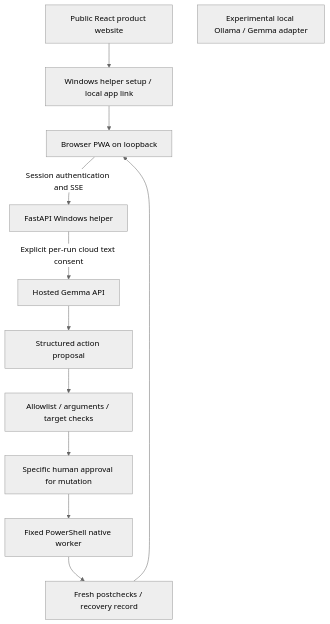
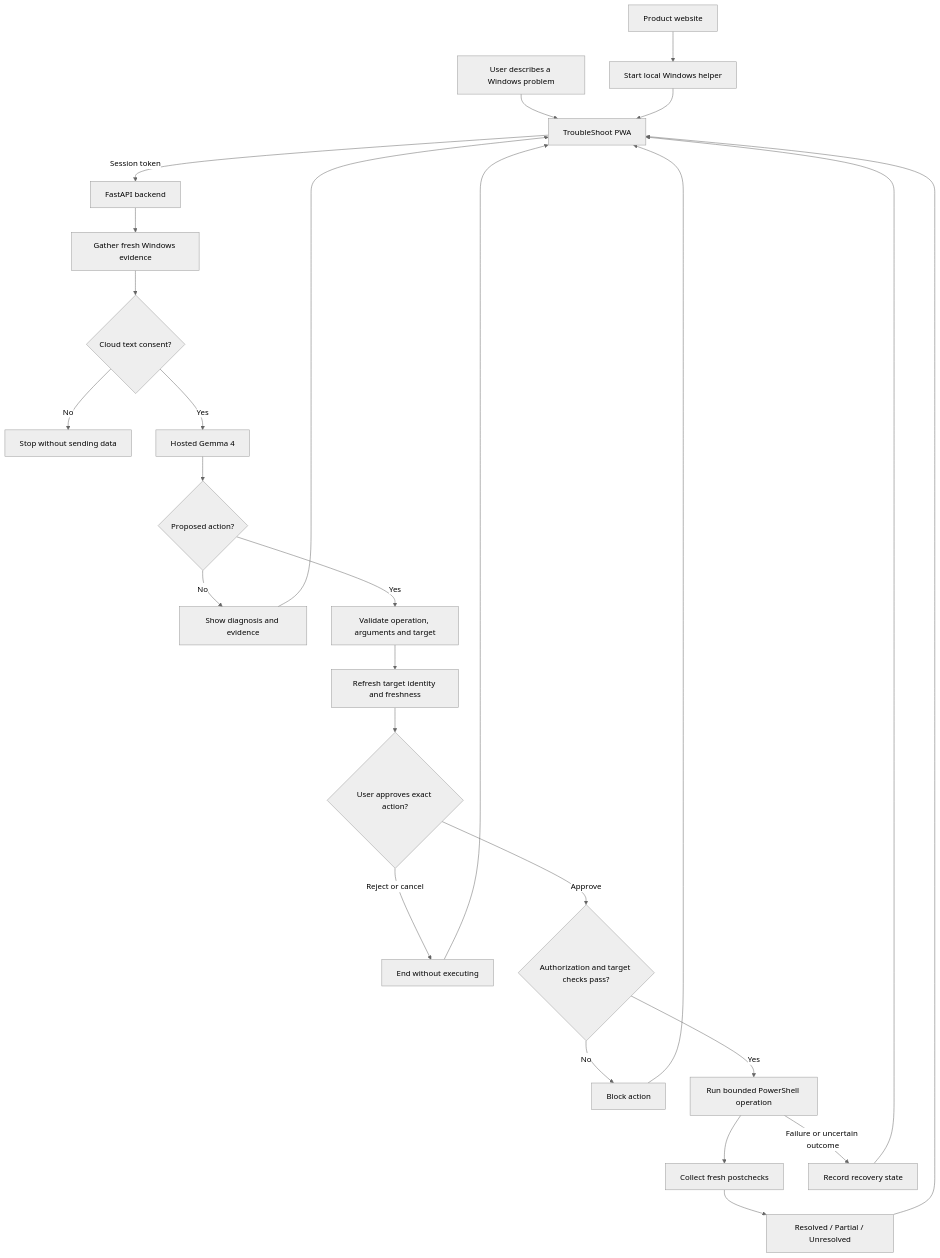
The diagram in README.md (Team-DROS/TroubleShoot), drawn with Mermaid (neutral theme) before and after one commit.

Commit message:
docs: expand architecture diagram with approval and verification flow

````diff
--- a/README.md
+++ b/README.md
@@ -71,14 +71,34 @@
 ```mermaid
 flowchart TD
-    Website[Public React product website] --> Setup[Windows helper setup / local app link]
-    Setup --> PWA[Browser PWA on loopback]
-    PWA -->|Session authentication and SSE| API[FastAPI Windows helper]
-    API -->|Explicit per-run cloud text consent| Gemma[Hosted Gemma API]
-    Gemma --> Proposal[Structured action proposal]
-    Proposal --> Policy[Allowlist / arguments / target checks]
-    Policy --> Approval[Specific human approval for mutation]
-    Approval --> Native[Fixed PowerShell native worker]
-    Native --> Checks[Fresh postchecks / recovery record]
-    Checks --> PWA
-    Experimental[Experimental local Ollama / Gemma adapter]
+    User["User describes a Windows problem"] --> PWA["TroubleShoot PWA"]
+    Website["Product website"] --> Setup["Start local Windows helper"]
+    Setup --> PWA
+
+    PWA -->|"Session token"| API["FastAPI backend"]
+    API --> Observe["Gather fresh Windows evidence"]
+    Observe --> Consent{"Cloud text consent?"}
+
+    Consent -->|No| Stop["Stop without sending data"]
+    Consent -->|Yes| Gemma["Hosted Gemma 4"]
+    Gemma --> Decision{"Proposed action?"}
+
+    Decision -->|No| Diagnosis["Show diagnosis and evidence"]
+    Decision -->|Yes| Policy["Validate operation, arguments and target"]
+    Policy --> Refresh["Refresh target identity and freshness"]
+    Refresh --> Approval{"User approves exact action?"}
+
+    Approval -->|Reject or cancel| Cancelled["End without executing"]
+    Approval -->|Approve| Checks{"Authorization and target checks pass?"}
+    Checks -->|No| Blocked["Block action"]
+    Checks -->|Yes| Execute["Run bounded PowerShell operation"]
+
+    Execute --> Verify["Collect fresh postchecks"]
+    Verify --> Result["Resolved / Partial / Unresolved"]
+    Execute -->|"Failure or uncertain outcome"| Recovery["Record recovery state"]
+
+    Diagnosis --> PWA
+    Result --> PWA
+    Recovery --> PWA
+    Blocked --> PWA
+    Cancelled --> PWA
 ```
````
